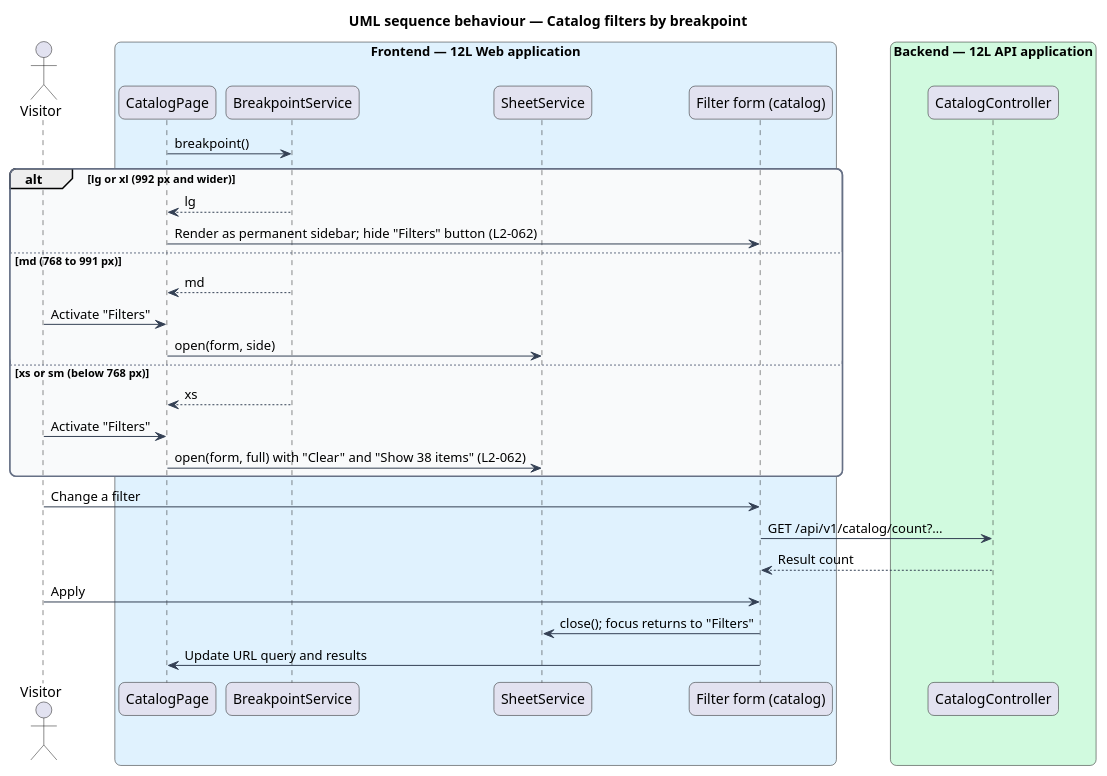
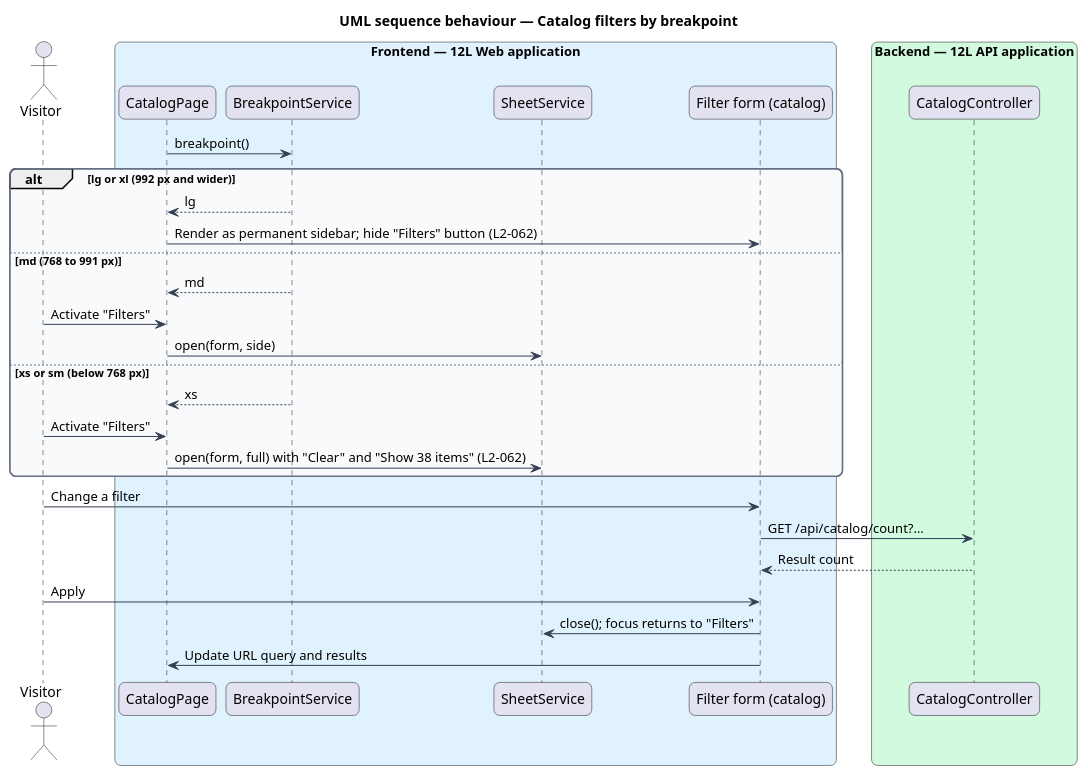
One commit to QuinntyneBrown/12l changed the diagram in docs/detailed-designs/platform/responsive-accessible-shell/diagrams/sequence-filters-by-breakpoint.puml. Above: the diagram before and after it, drawn with PlantUML. The commit also changed 28 other files, not shown here.

```diff
--- a/docs/detailed-designs/platform/responsive-accessible-shell/diagrams/sequence-filters-by-breakpoint.puml
+++ b/docs/detailed-designs/platform/responsive-accessible-shell/diagrams/sequence-filters-by-breakpoint.puml
@@ -1,46 +1,46 @@
 @startuml
 title UML sequence behaviour — Catalog filters by breakpoint
 skinparam backgroundColor #FFFFFF
 skinparam shadowing false
 skinparam roundcorner 12
 skinparam defaultFontName Arial
 skinparam ArrowColor #344054
 skinparam rectangle {
   BorderColor #344054
   FontColor #101828
 }
 skinparam package {
   BorderColor #667085
   FontColor #101828
   BackgroundColor #F9FAFB
 }
 actor "Visitor" as actor
 box "Frontend — 12L Web application" #E0F2FE
   participant "CatalogPage" as page
   participant "BreakpointService" as bp
   participant "SheetService" as sheet
   participant "Filter form (catalog)" as form
 end box
 box "Backend — 12L API application" #D1FADF
   participant "CatalogController" as api
 end box
 page -> bp : breakpoint()
 alt lg or xl (992 px and wider)
   bp --> page : lg
   page -> form : Render as permanent sidebar; hide "Filters" button (L2-062)
 else md (768 to 991 px)
   bp --> page : md
   actor -> page : Activate "Filters"
   page -> sheet : open(form, side)
 else xs or sm (below 768 px)
   bp --> page : xs
   actor -> page : Activate "Filters"
   page -> sheet : open(form, full) with "Clear" and "Show 38 items" (L2-062)
 end
 actor -> form : Change a filter
-form -> api : GET /api/v1/catalog/count?…
+form -> api : GET /api/catalog/count?…
 api --> form : Result count
 actor -> form : Apply
 form -> sheet : close(); focus returns to "Filters"
 form -> page : Update URL query and results
 @enduml
```
